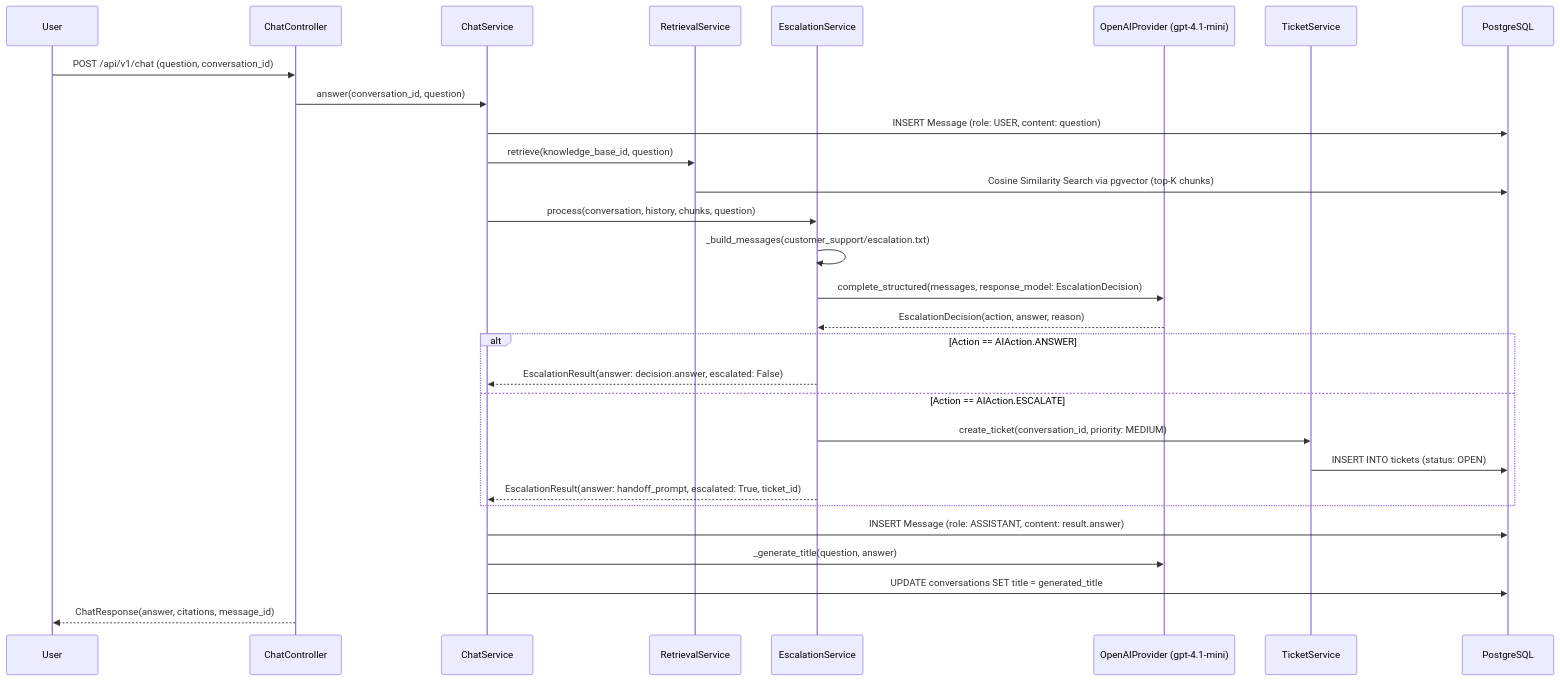
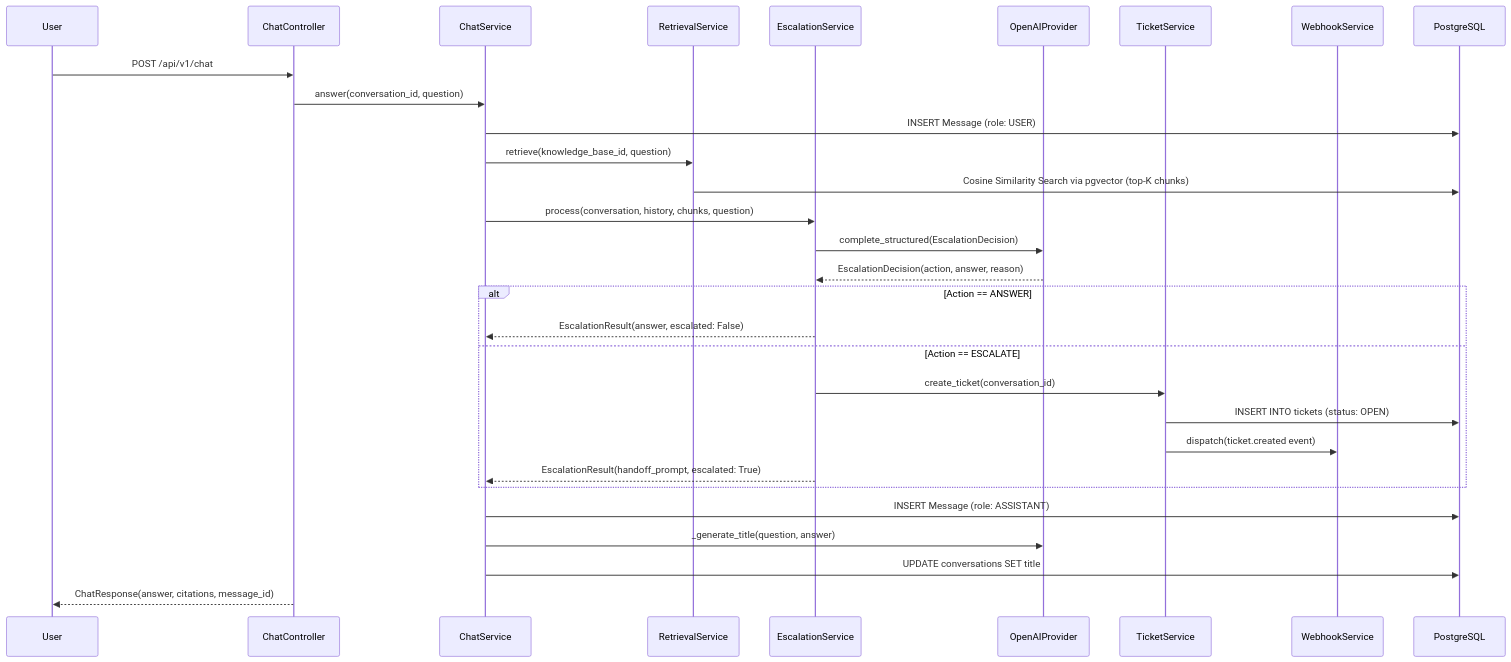
Before and after one commit to AnubhavDas651629/SUPPORT-AI: the third of 6 diagrams in README.md, drawn with Mermaid. The commit also changed other lines of this file, not shown here.

Commit message:
docs: update README with full architecture, auth, celery, and webhooks

````diff
--- a/README.md
+++ b/README.md
@@ -84,35 +104,35 @@
 ```mermaid
 sequenceDiagram
     participant User
     participant ChatAPI as ChatController
     participant ChatSvc as ChatService
     participant RetSvc as RetrievalService
     participant EscSvc as EscalationService
-    participant LLM as OpenAIProvider (gpt-4.1-mini)
+    participant LLM as OpenAIProvider
     participant TktSvc as TicketService
+    participant WebhookSvc as WebhookService
     participant DB as PostgreSQL
-    
-    User->>ChatAPI: POST /api/v1/chat (question, conversation_id)
+
+    User->>ChatAPI: POST /api/v1/chat
     ChatAPI->>ChatSvc: answer(conversation_id, question)
-    ChatSvc->>DB: INSERT Message (role: USER, content: question)
+    ChatSvc->>DB: INSERT Message (role: USER)
     ChatSvc->>RetSvc: retrieve(knowledge_base_id, question)
     RetSvc->>DB: Cosine Similarity Search via pgvector (top-K chunks)
-    
     ChatSvc->>EscSvc: process(conversation, history, chunks, question)
-    EscSvc->>EscSvc: _build_messages(customer_support/escalation.txt)
-    EscSvc->>LLM: complete_structured(messages, response_model: EscalationDecision)
+    EscSvc->>LLM: complete_structured(EscalationDecision)
     LLM-->>EscSvc: EscalationDecision(action, answer, reason)
-    
-    alt Action == AIAction.ANSWER
-        EscSvc-->>ChatSvc: EscalationResult(answer: decision.answer, escalated: False)
-    else Action == AIAction.ESCALATE
-        EscSvc->>TktSvc: create_ticket(conversation_id, priority: MEDIUM)
+
+    alt Action == ANSWER
+        EscSvc-->>ChatSvc: EscalationResult(answer, escalated: False)
+    else Action == ESCALATE
+        EscSvc->>TktSvc: create_ticket(conversation_id)
         TktSvc->>DB: INSERT INTO tickets (status: OPEN)
-        EscSvc-->>ChatSvc: EscalationResult(answer: handoff_prompt, escalated: True, ticket_id)
+        TktSvc->>WebhookSvc: dispatch(ticket.created event)
+        EscSvc-->>ChatSvc: EscalationResult(handoff_prompt, escalated: True)
     end
-    
-    ChatSvc->>DB: INSERT Message (role: ASSISTANT, content: result.answer)
+
+    ChatSvc->>DB: INSERT Message (role: ASSISTANT)
     ChatSvc->>LLM: _generate_title(question, answer)
-    ChatSvc->>DB: UPDATE conversations SET title = generated_title
+    ChatSvc->>DB: UPDATE conversations SET title
     ChatAPI-->>User: ChatResponse(answer, citations, message_id)
 ```
````
